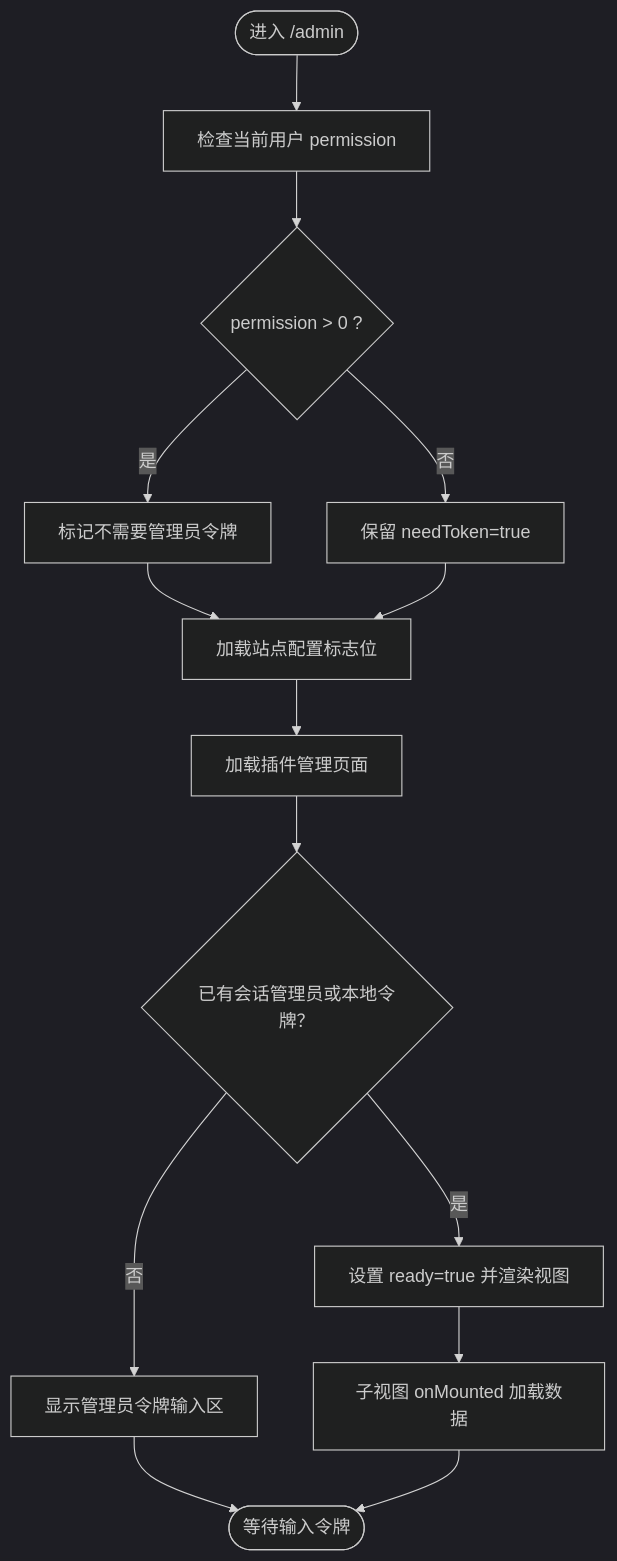
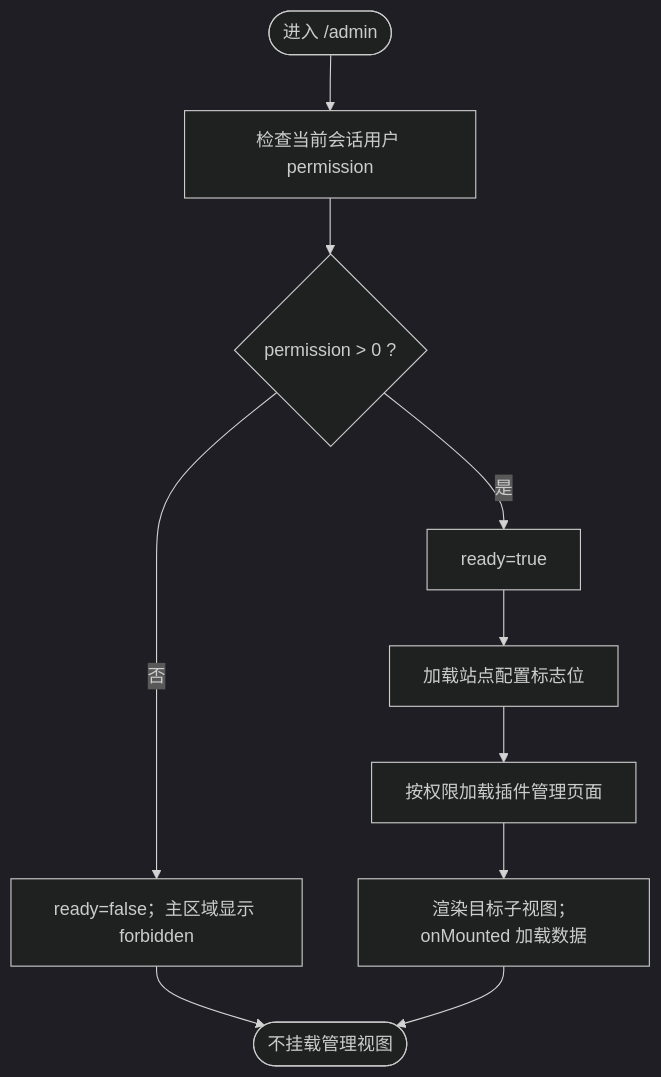
One commit to YimingZhanshen/skin-nexus changed the third of 6 diagrams in docs/handbook/面板概览与导航.md. Above: the diagram before and after it, drawn with Mermaid (dark theme). The commit also changed other lines of this file and 24 other files, not shown here.

````diff
--- a/docs/handbook/面板概览与导航.md
+++ b/docs/handbook/面板概览与导航.md
@@ -148,16 +150,12 @@
 ```mermaid
 flowchart TD
-    Start(["进入 /admin"]) --> CheckPerm["检查当前用户 permission"]
+    Start(["进入 /admin"]) --> CheckPerm["检查当前会话用户 permission"]
     CheckPerm --> IsAdmin{"permission > 0 ?"}
-    IsAdmin -->|是| SkipToken["标记不需要管理员令牌"]
-    IsAdmin -->|否| NeedToken["保留 needToken=true"]
-    SkipToken --> LoadFlags["加载站点配置标志位"]
-    NeedToken --> LoadFlags
-    LoadFlags --> LoadPlugins["加载插件管理页面"]
-    LoadPlugins --> ReadyCheck{"已有会话管理员或本地令牌？"}
-    ReadyCheck -->|是| SetReady["设置 ready=true 并渲染视图"]
-    ReadyCheck -->|否| ShowTokenCard["显示管理员令牌输入区"]
-    SetReady --> ViewMount["子视图 onMounted 加载数据"]
-    ShowTokenCard --> End(["等待输入令牌"])
+    IsAdmin -->|是| SetReady["ready=true"]
+    IsAdmin -->|否| Forbidden["ready=false；主区域显示 forbidden"]
+    SetReady --> LoadFlags["加载站点配置标志位"]
+    LoadFlags --> LoadPlugins["按权限加载插件管理页面"]
+    LoadPlugins --> ViewMount["渲染目标子视图；onMounted 加载数据"]
+    Forbidden --> End(["不挂载管理视图"])
     ViewMount --> End
 ```
````
